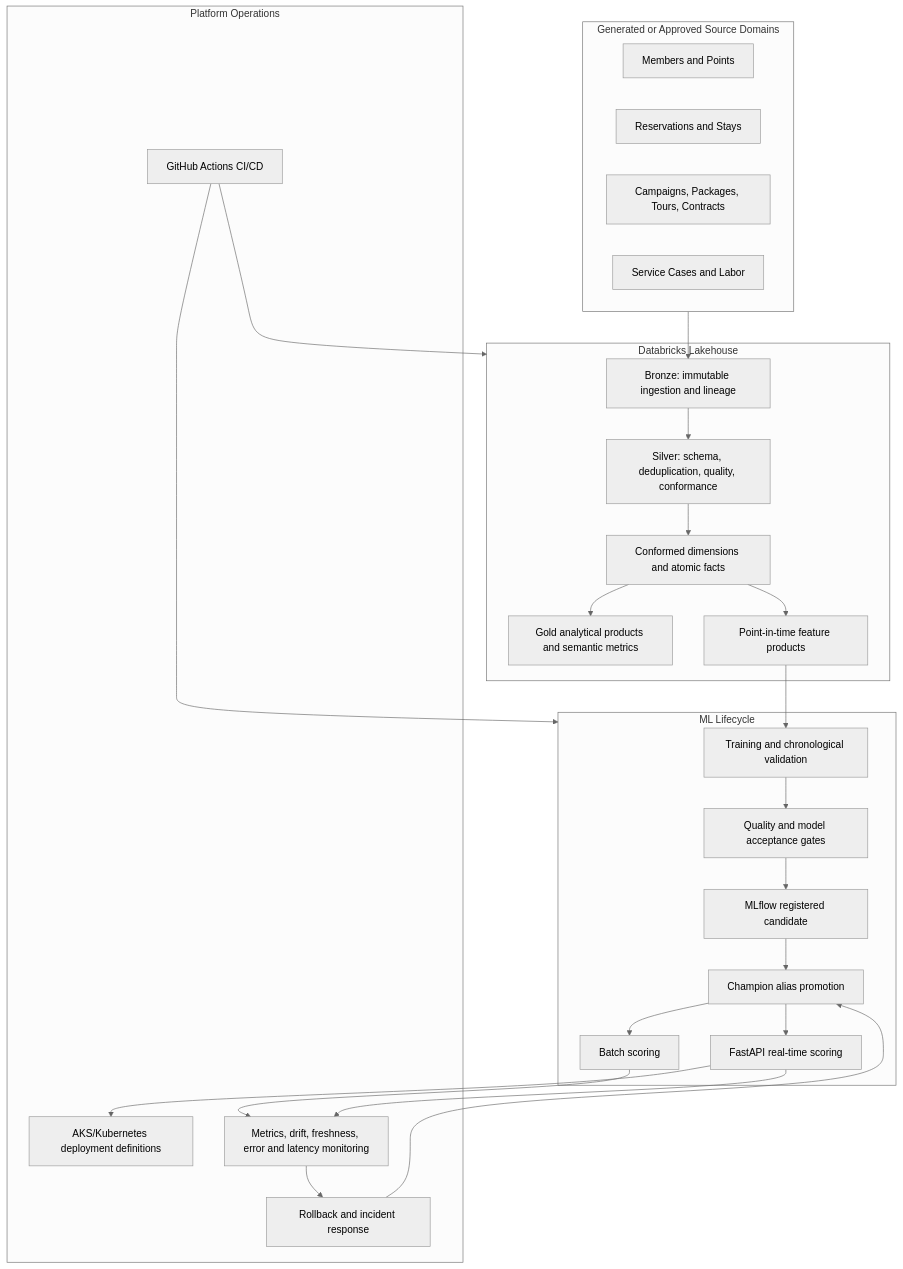
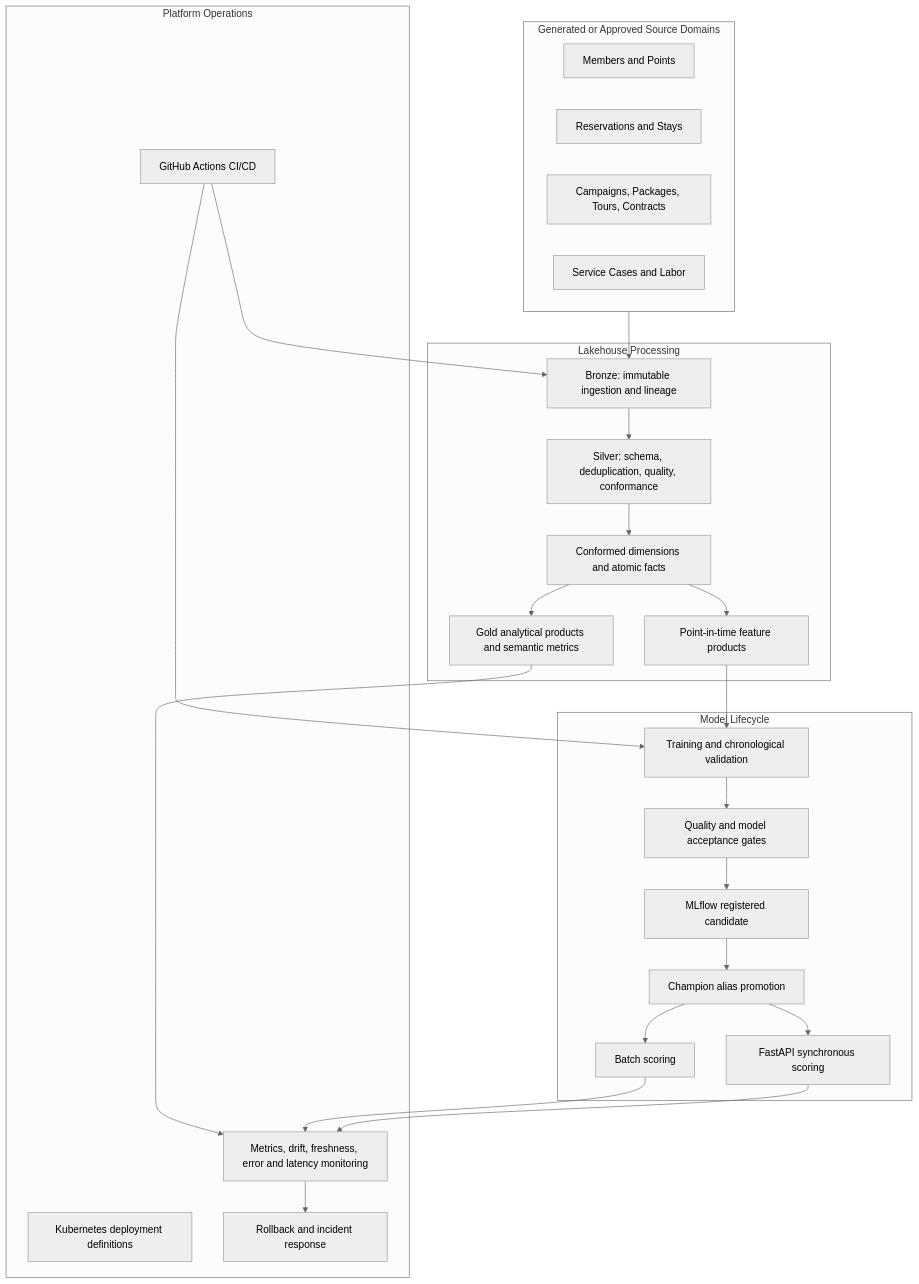
One commit to mrdata355/hospitality-data-mlops-reference-platform changed the diagram in docs/TECHNICAL_SHOWCASE.md. Above: the diagram before and after it, drawn with Mermaid (neutral theme). The commit also changed other lines of this file, not shown here.

Commit message:
Reframe technical showcase as neutral architecture overview

````diff
--- a/docs/TECHNICAL_SHOWCASE.md
+++ b/docs/TECHNICAL_SHOWCASE.md
@@ -22,47 +18,46 @@
 ```mermaid
 flowchart TB
     subgraph Sources[Generated or Approved Source Domains]
         S1[Members and Points]
         S2[Reservations and Stays]
         S3[Campaigns, Packages, Tours, Contracts]
         S4[Service Cases and Labor]
     end
 
-    subgraph Lakehouse[Databricks Lakehouse]
+    subgraph Lakehouse[Lakehouse Processing]
         B[Bronze: immutable ingestion and lineage]
         SI[Silver: schema, deduplication, quality, conformance]
         DM[Conformed dimensions and atomic facts]
         G[Gold analytical products and semantic metrics]
         F[Point-in-time feature products]
     end
 
-    subgraph ML[ML Lifecycle]
+    subgraph ML[Model Lifecycle]
         T[Training and chronological validation]
         Q[Quality and model acceptance gates]
         R[MLflow registered candidate]
         C[Champion alias promotion]
         BS[Batch scoring]
-        API[FastAPI real-time scoring]
+        API[FastAPI synchronous scoring]
     end
 
     subgraph Operations[Platform Operations]
         CI[GitHub Actions CI/CD]
-        K8S[AKS/Kubernetes deployment definitions]
+        K8S[Kubernetes deployment definitions]
         OBS[Metrics, drift, freshness, error and latency monitoring]
         RB[Rollback and incident response]
     end
 
     Sources --> B --> SI --> DM
     DM --> G
     DM --> F
     F --> T --> Q --> R --> C
     C --> BS
     C --> API
-    CI --> Lakehouse
-    CI --> ML
-    API --> K8S
+    G --> OBS
     BS --> OBS
     API --> OBS
+    CI --> B
+    CI --> T
     OBS --> RB
-    RB --> C
 ```
````
